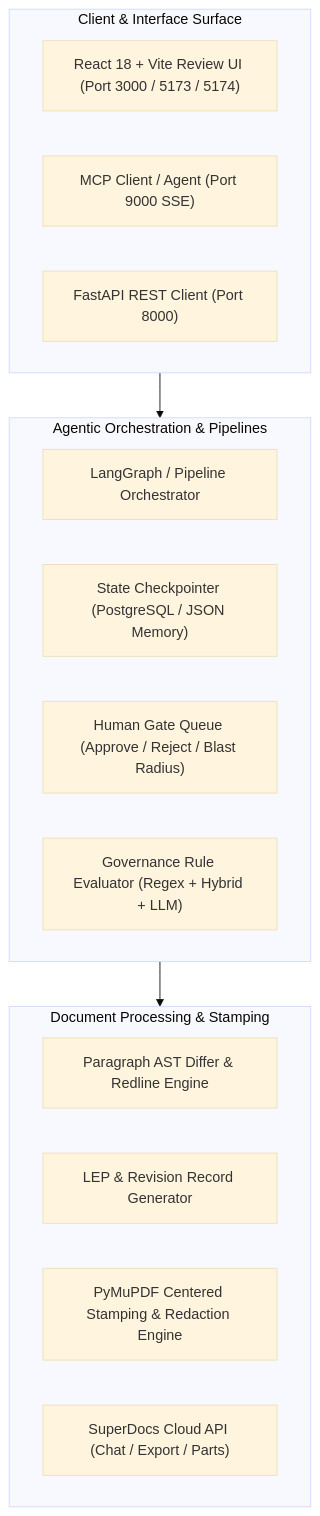
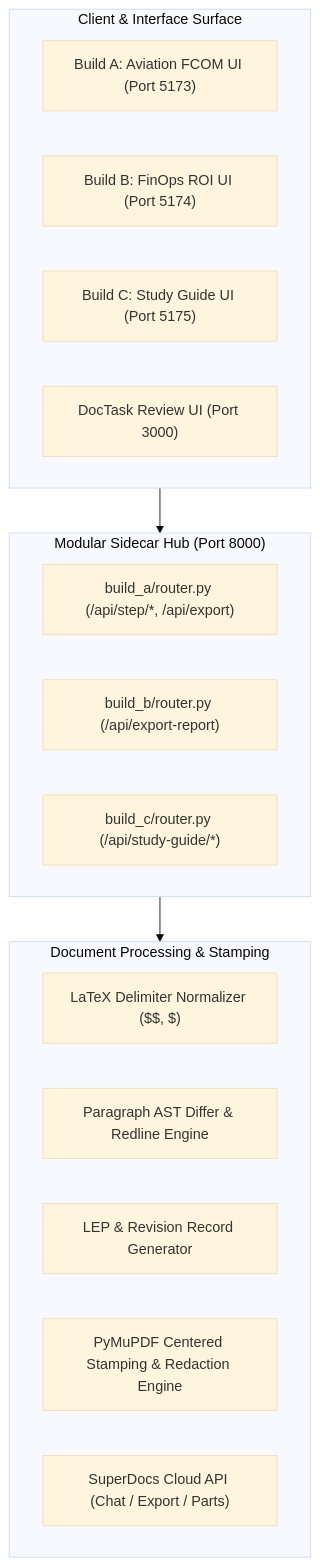
One commit to Irshad-Ahmaed/superdocs-builds changed the diagram in use-cases/Irshad-Ahmaed/WRITEUP.md. Above: the diagram before and after it, drawn with Mermaid (base theme). The commit also changed other lines of this file and 25 other files, not shown here.

Commit message:
feat: add Build C (Study-Guide Synthesizer) and modularize sidecar routers

````diff
--- a/use-cases/Irshad-Ahmaed/WRITEUP.md
+++ b/use-cases/Irshad-Ahmaed/WRITEUP.md
@@ -28,25 +32,26 @@
 ```mermaid
 flowchart TB
     subgraph ClientLayer ["Client & Interface Surface"]
-        WebUI["React 18 + Vite Review UI (Port 3000 / 5173 / 5174)"]
-        MCPClient["MCP Client / Agent (Port 9000 SSE)"]
-        CLI["FastAPI REST Client (Port 8000)"]
+        WebA["Build A: Aviation FCOM UI (Port 5173)"]
+        WebB["Build B: FinOps ROI UI (Port 5174)"]
+        WebC["Build C: Study Guide UI (Port 5175)"]
+        DocTaskUI["DocTask Review UI (Port 3000)"]
     end
 
-    subgraph CoreEngine ["Agentic Orchestration & Pipelines"]
-        LangGraph["LangGraph / Pipeline Orchestrator"]
-        StateCheckpointer["State Checkpointer (PostgreSQL / JSON Memory)"]
-        GateEngine["Human Gate Queue (Approve / Reject / Blast Radius)"]
-        RuleEngine["Governance Rule Evaluator (Regex + Hybrid + LLM)"]
+    subgraph CoreEngine ["Modular Sidecar Hub (Port 8000)"]
+        RouterA["build_a/router.py (/api/step/*, /api/export)"]
+        RouterB["build_b/router.py (/api/export-report)"]
+        RouterC["build_c/router.py (/api/study-guide/*)"]
     end
 
     subgraph DocumentLayer ["Document Processing & Stamping"]
+        MathNorm["LaTeX Delimiter Normalizer ($$, $)"]
         DocDiffer["Paragraph AST Differ & Redline Engine"]
         Apparatus["LEP & Revision Record Generator"]
         PyMuPDF["PyMuPDF Centered Stamping & Redaction Engine"]
         SuperDocsAPI["SuperDocs Cloud API (Chat / Export / Parts)"]
     end
 
     ClientLayer --> CoreEngine
     CoreEngine --> DocumentLayer
 ```
````
